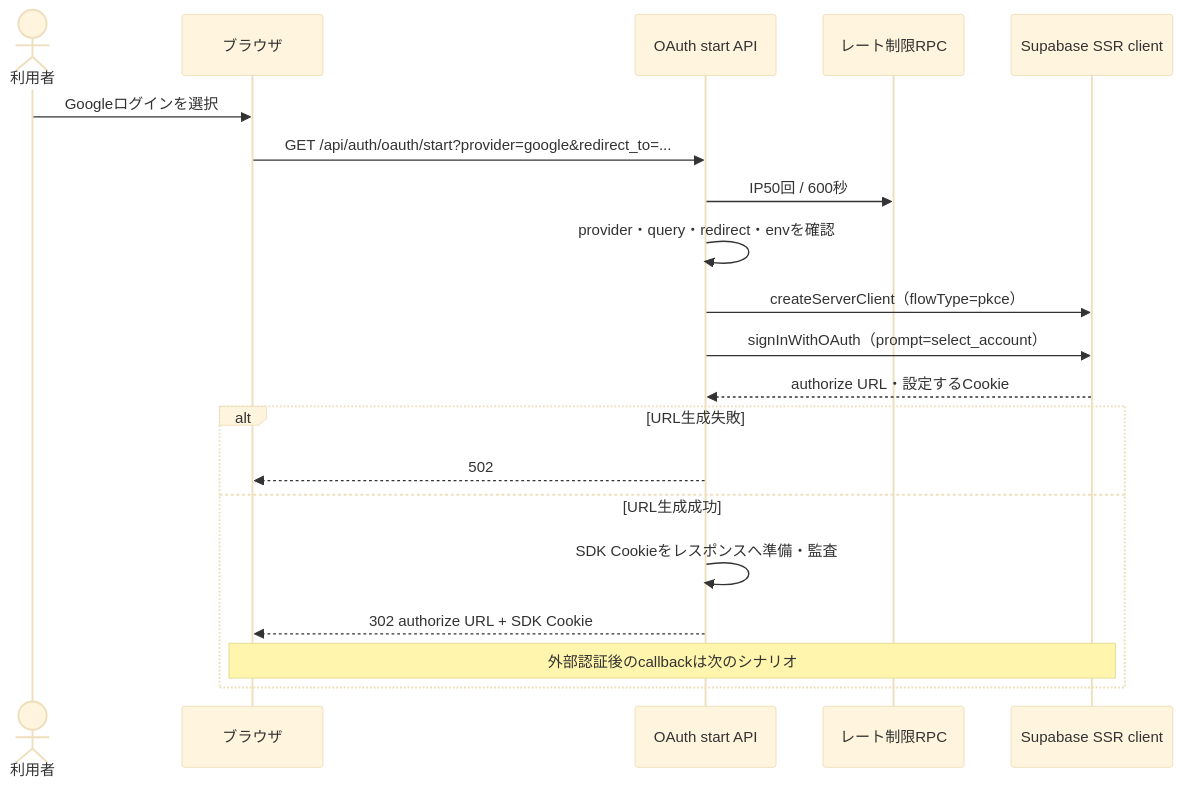
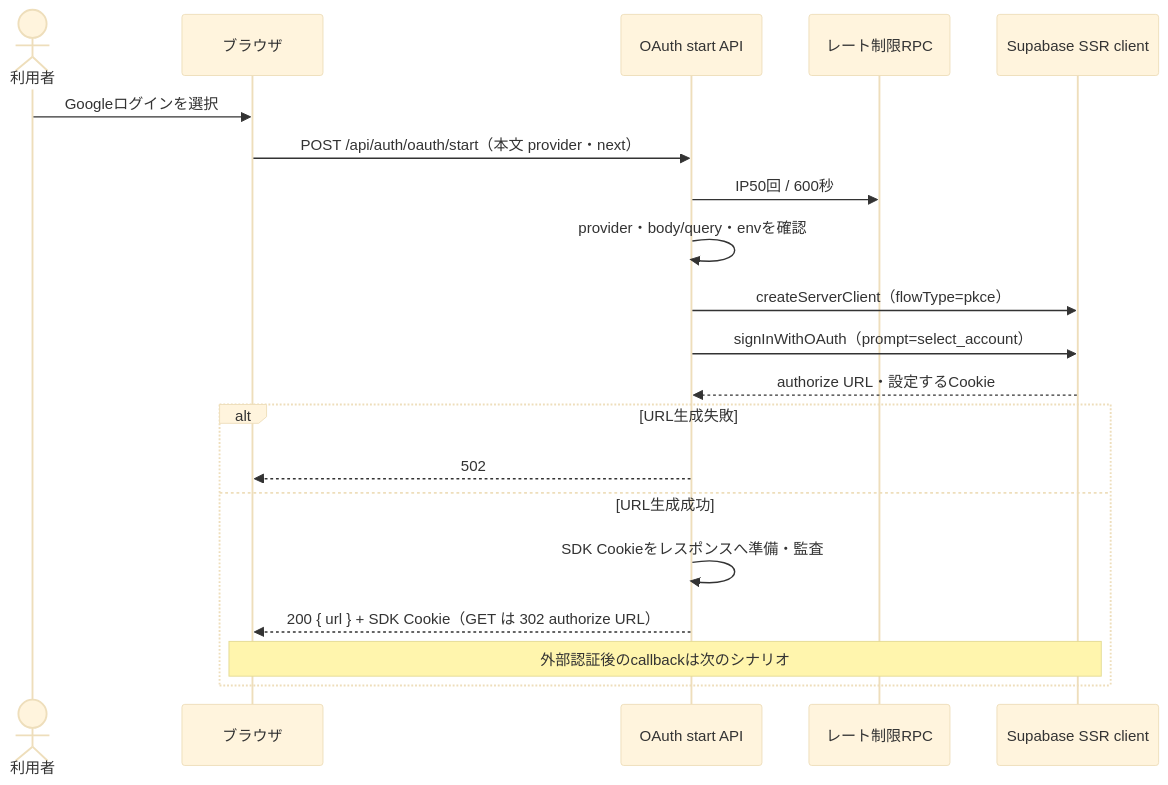
Before and after one commit to ChocoWork/o_official: the first of 3 diagrams in docs/04_DetailDesign/sequence/auth-oauth.md, drawn with Mermaid (base theme). The commit also changed other lines of this file and 112 other files, not shown here.

````diff
--- a/docs/04_DetailDesign/sequence/auth-oauth.md
+++ b/docs/04_DetailDesign/sequence/auth-oauth.md
@@ -25,22 +25,22 @@
 ```mermaid
 sequenceDiagram
   actor User as 利用者
   participant UI as ブラウザ
   participant API as OAuth start API
   participant DB as レート制限RPC
   participant SDK as Supabase SSR client
   User->>UI: Googleログインを選択
-  UI->>API: GET /api/auth/oauth/start?provider=google&redirect_to=...
+  UI->>API: POST /api/auth/oauth/start（本文 provider・next）
   API->>DB: IP50回 / 600秒
-  API->>API: provider・query・redirect・envを確認
+  API->>API: provider・body/query・envを確認
   API->>SDK: createServerClient（flowType=pkce）
   API->>SDK: signInWithOAuth（prompt=select_account）
   SDK-->>API: authorize URL・設定するCookie
   alt URL生成失敗
     API-->>UI: 502
   else URL生成成功
     API->>API: SDK Cookieをレスポンスへ準備・監査
-    API-->>UI: 302 authorize URL + SDK Cookie
+    API-->>UI: 200 { url } + SDK Cookie（GET は 302 authorize URL）
     Note over UI,SDK: 外部認証後のcallbackは次のシナリオ
   end
 ```
````
